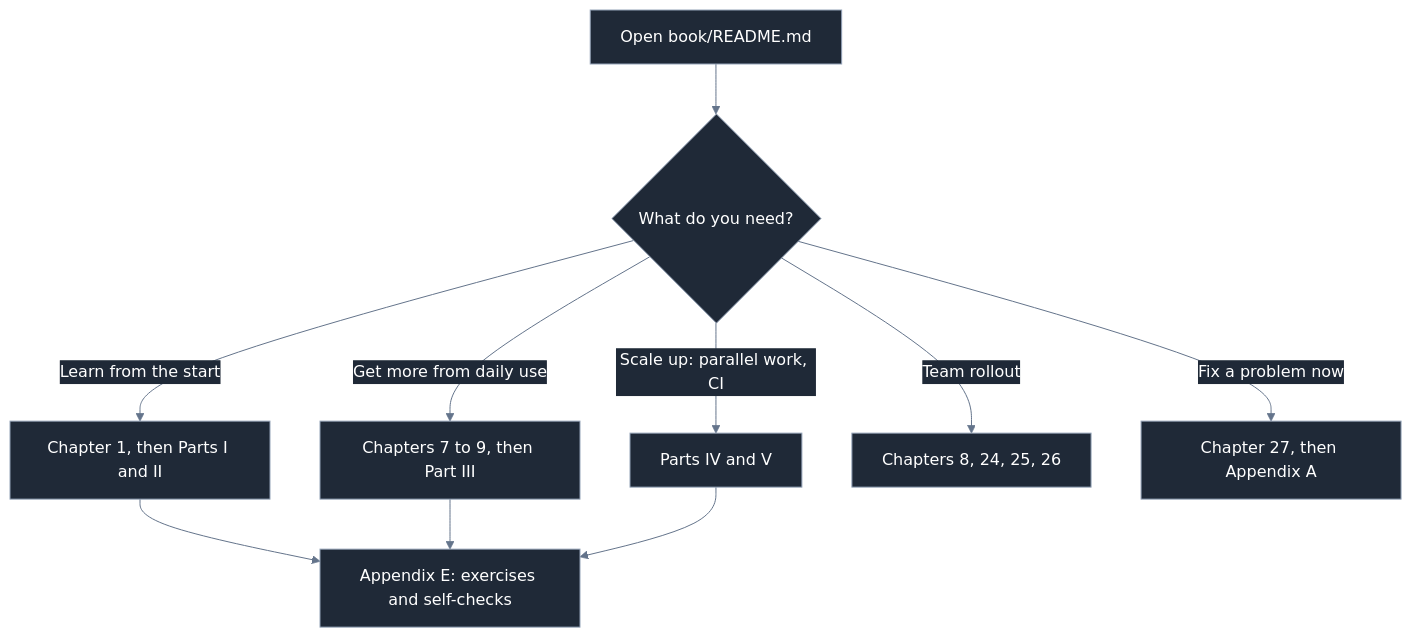
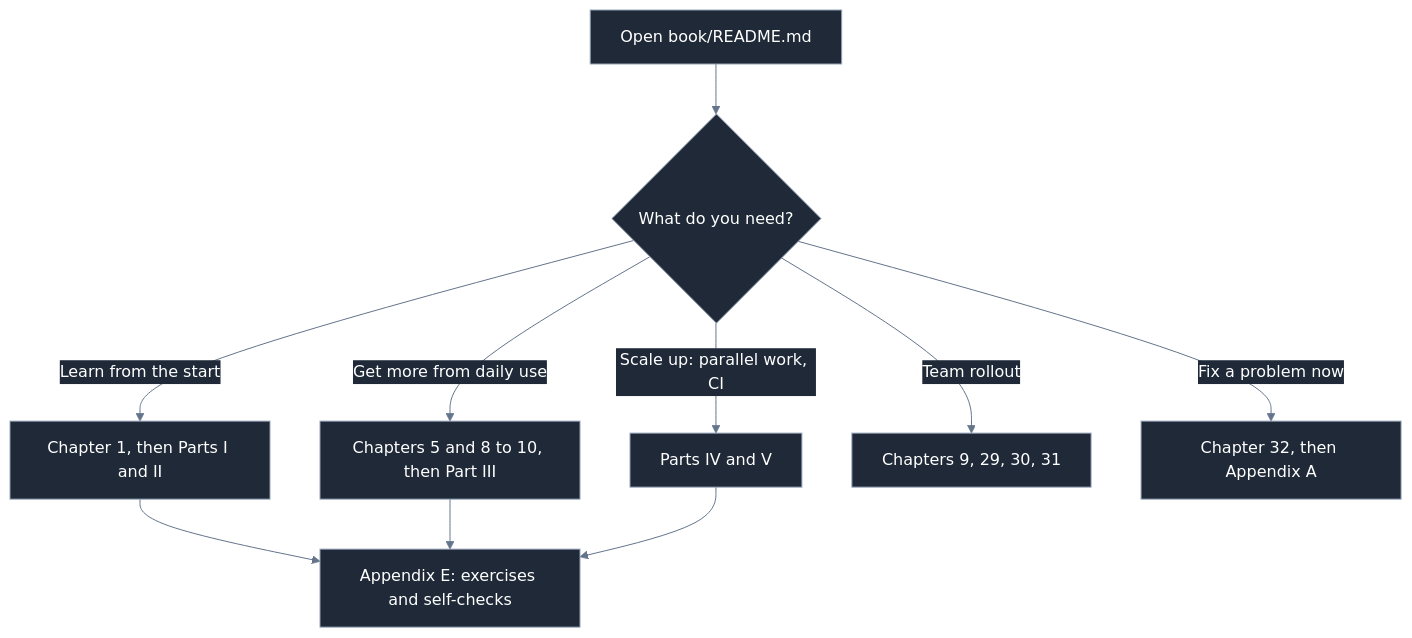
The diagram in docs/user/quick-start.md (Tamircohen28/ai-native-dev-guide), drawn with Mermaid before and after one commit. The commit also changed other lines of this file and 55 other files, not shown here.

First line of the commit message:
feat(book): harness architecture, extension model and three workshop guides (#4)

````diff
--- a/docs/user/quick-start.md
+++ b/docs/user/quick-start.md
@@ -38,13 +39,13 @@
 ```mermaid
 %%{init: {"theme":"base","themeVariables":{"darkMode":true,"background":"#0b0e14","primaryColor":"#1f2937","primaryTextColor":"#ffffff","primaryBorderColor":"#94a3b8","secondaryColor":"#334155","secondaryTextColor":"#ffffff","tertiaryColor":"#111827","tertiaryTextColor":"#ffffff","lineColor":"#64748b","textColor":"#ffffff","edgeLabelBackground":"#1f2937","clusterBkg":"#111827","clusterBorder":"#64748b","actorBkg":"#1f2937","actorBorder":"#94a3b8","actorTextColor":"#ffffff","actorLineColor":"#64748b","signalColor":"#64748b","signalTextColor":"#64748b","labelBoxBkgColor":"#1f2937","labelBoxBorderColor":"#94a3b8","labelTextColor":"#ffffff","loopTextColor":"#ffffff","noteBkgColor":"#334155","noteTextColor":"#ffffff","noteBorderColor":"#94a3b8","activationBkgColor":"#334155","activationBorderColor":"#94a3b8"}}}%%
 flowchart TD
     A["Open book/README.md"] --> B{"What do you need?"}
     B -->|"Learn from the start"| C["Chapter 1, then Parts I and II"]
-    B -->|"Get more from daily use"| D["Chapters 7 to 9, then Part III"]
+    B -->|"Get more from daily use"| D["Chapters 5 and 8 to 10, then Part III"]
     B -->|"Scale up: parallel work, CI"| E["Parts IV and V"]
-    B -->|"Team rollout"| F["Chapters 8, 24, 25, 26"]
-    B -->|"Fix a problem now"| G["Chapter 27, then Appendix A"]
+    B -->|"Team rollout"| F["Chapters 9, 29, 30, 31"]
+    B -->|"Fix a problem now"| G["Chapter 32, then Appendix A"]
     C --> H["Appendix E: exercises and self-checks"]
     D --> H
     E --> H
 ```
````
